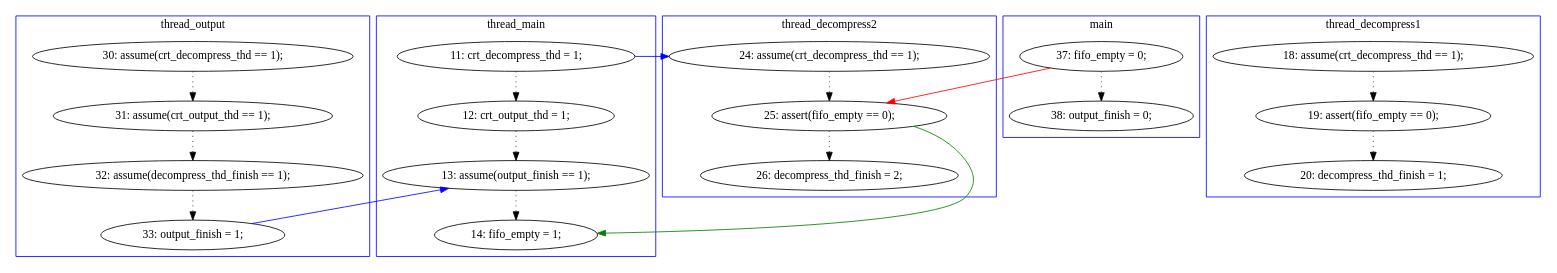
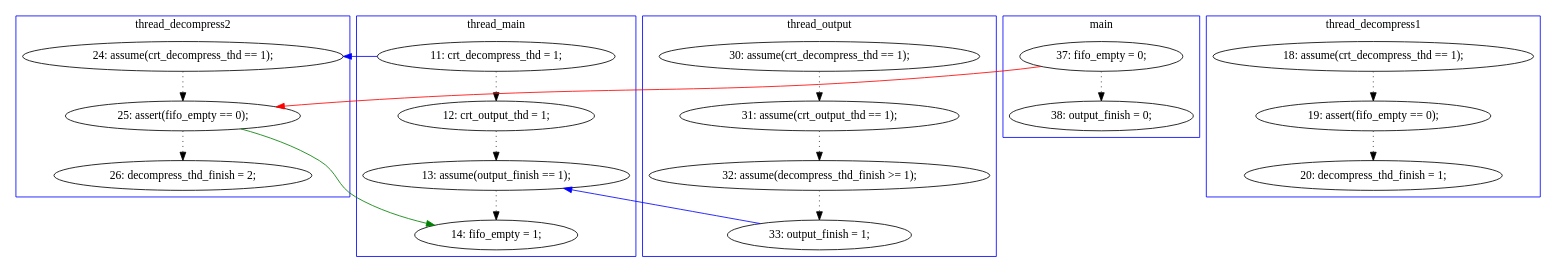
One commit to hylhp/cav14-model changed the diagram in pbzip2.mixed/A-25.1-proofObject.dot. Above: the diagram before and after it, drawn with Graphviz. The commit also changed 25 other files, not shown here.

```diff
--- a/pbzip2.mixed/A-25.1-proofObject.dot
+++ b/pbzip2.mixed/A-25.1-proofObject.dot
@@ -1,53 +1,53 @@
 digraph ProofObject {
-	18 -> 19 [style = dotted, color = black]
-	2 -> 18 [color = Red, constraint = false]
-	18 -> 32 [color = Green, constraint = false]
-	17 -> 18 [style = dotted, color = black]
-	13 -> 20 [style = dotted, color = black]
-	27 -> 30 [color = Blue, constraint = false]
-	14 -> 15 [style = dotted, color = black]
-	15 -> 26 [style = dotted, color = black]
-	11 -> 17 [color = Blue, constraint = false]
-	26 -> 27 [style = dotted, color = black]
-	12 -> 30 [style = dotted, color = black]
-	11 -> 12 [style = dotted, color = black]
-	20 -> 22 [style = dotted, color = black]
+	12 -> 31 [style = dotted, color = black]
+	20 -> 23 [style = dotted, color = black]
+	20 -> 33 [color = Green, constraint = false]
+	25 -> 26 [style = dotted, color = black]
+	11 -> 17 [style = dotted, color = black]
+	7 -> 16 [color = Blue, constraint = false]
+	31 -> 33 [style = dotted, color = black]
+	16 -> 20 [style = dotted, color = black]
+	21 -> 24 [style = dotted, color = black]
+	24 -> 25 [style = dotted, color = black]
 	2 -> 3 [style = dotted, color = black]
-	30 -> 32 [style = dotted, color = black]
+	2 -> 20 [color = Red, constraint = false]
+	10 -> 11 [style = dotted, color = black]
+	7 -> 12 [style = dotted, color = black]
+	26 -> 31 [color = Blue, constraint = false]
+	subgraph cluster4 {
+		label = thread_output
+		color = blue
+		25  [label = "32: assume(decompress_thd_finish >= 1);"]
+		24  [label = "31: assume(crt_output_thd == 1);"]
+		21  [label = "30: assume(crt_decompress_thd == 1);"]
+		26  [label = "33: output_finish = 1;"]
+	}
+	subgraph cluster3 {
+		label = thread_decompress2
+		color = blue
+		16  [label = "24: assume(crt_decompress_thd == 1);"]
+		20  [label = "25: assert(fifo_empty == 0);"]
+		23  [label = "26: decompress_thd_finish = 2;"]
+	}
 	subgraph cluster0 {
 		label = main
 		color = blue
 		2  [label = "37: fifo_empty = 0;"]
 		3  [label = "38: output_finish = 0;"]
 	}
 	subgraph cluster2 {
 		label = thread_decompress1
 		color = blue
-		13  [label = "18: assume(crt_decompress_thd == 1);"]
-		22  [label = "20: decompress_thd_finish = 1;"]
-		20  [label = "19: assert(fifo_empty == 0);"]
-	}
-	subgraph cluster4 {
-		label = thread_output
-		color = blue
-		26  [label = "32: assume(decompress_thd_finish == 1);"]
-		14  [label = "30: assume(crt_decompress_thd == 1);"]
-		27  [label = "33: output_finish = 1;"]
-		15  [label = "31: assume(crt_output_thd == 1);"]
-	}
-	subgraph cluster3 {
-		label = thread_decompress2
-		color = blue
-		19  [label = "26: decompress_thd_finish = 2;"]
-		18  [label = "25: assert(fifo_empty == 0);"]
-		17  [label = "24: assume(crt_decompress_thd == 1);"]
+		10  [label = "18: assume(crt_decompress_thd == 1);"]
+		11  [label = "19: assert(fifo_empty == 0);"]
+		17  [label = "20: decompress_thd_finish = 1;"]
 	}
 	subgraph cluster1 {
 		label = thread_main
 		color = blue
-		30  [label = "13: assume(output_finish == 1);"]
-		11  [label = "11: crt_decompress_thd = 1;"]
-		32  [label = "14: fifo_empty = 1;"]
+		33  [label = "14: fifo_empty = 1;"]
 		12  [label = "12: crt_output_thd = 1;"]
+		31  [label = "13: assume(output_finish == 1);"]
+		7  [label = "11: crt_decompress_thd = 1;"]
 	}
 }
```
